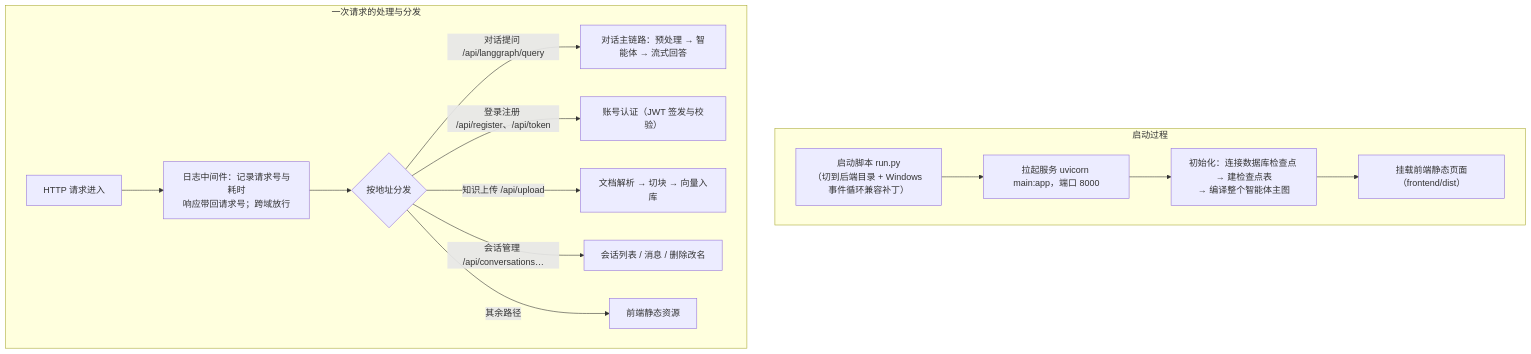
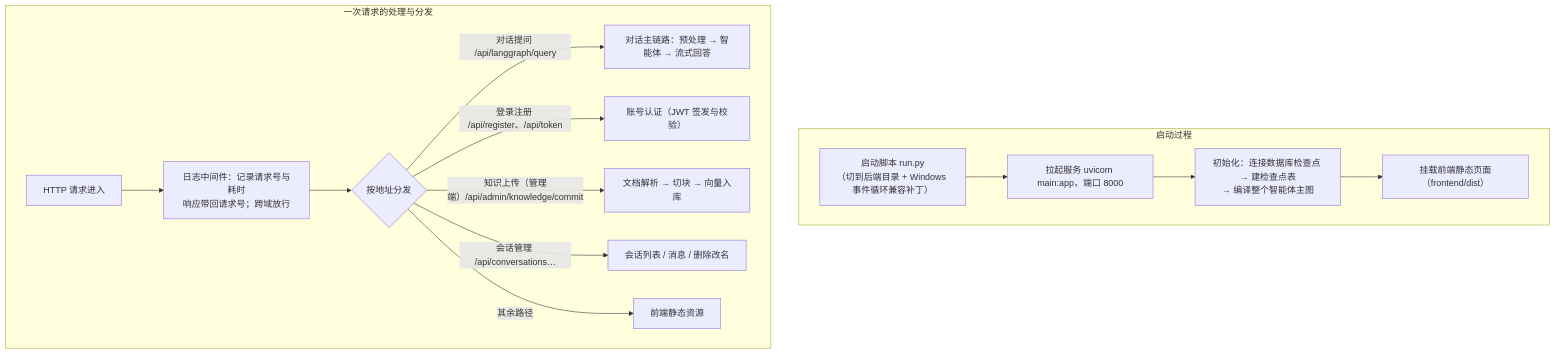
Before and after one commit to blowt16/SmartCS-Agent: the fourth of 36 diagrams in docs/PROJECT_ANALYSIS.md, drawn with Mermaid. The commit also changed other lines of this file and 12 other files, not shown here.

````diff
--- a/docs/PROJECT_ANALYSIS.md
+++ b/docs/PROJECT_ANALYSIS.md
@@ -286,19 +286,19 @@
 ```mermaid
 flowchart TB
     subgraph Startup["启动过程"]
         S1["启动脚本 run.py<br/>（切到后端目录 + Windows 事件循环兼容补丁）"]
         S2["拉起服务 uvicorn main:app，端口 8000"]
         S3["初始化：连接数据库检查点 → 建检查点表<br/>→ 编译整个智能体主图"]
         S4["挂载前端静态页面（frontend/dist）"]
         S1 --> S2 --> S3 --> S4
     end
     subgraph Request["一次请求的处理与分发"]
         R1["HTTP 请求进入"] --> R2["日志中间件：记录请求号与耗时<br/>响应带回请求号；跨域放行"]
         R2 --> R3{"按地址分发"}
         R3 -->|"对话提问 /api/langgraph/query"| R4["对话主链路：预处理 → 智能体 → 流式回答"]
         R3 -->|"登录注册 /api/register、/api/token"| R5["账号认证（JWT 签发与校验）"]
-        R3 -->|"知识上传 /api/upload"| R6["文档解析 → 切块 → 向量入库"]
+        R3 -->|"知识上传（管理端）/api/admin/knowledge/commit"| R6["文档解析 → 切块 → 向量入库"]
         R3 -->|"会话管理 /api/conversations…"| R7["会话列表 / 消息 / 删除改名"]
         R3 -->|"其余路径"| R8["前端静态资源"]
     end
 ```
````
